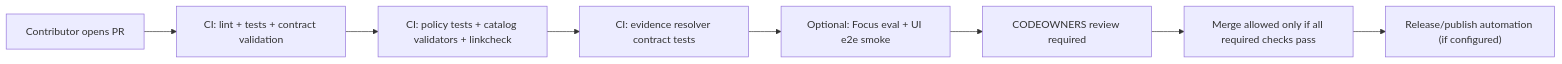
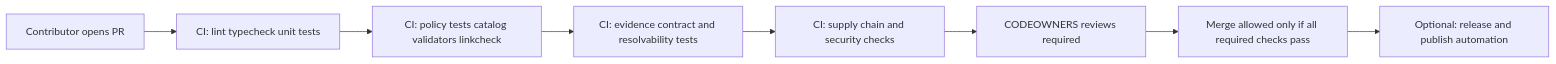
The diagram in .github/README.md (bartytime4life/Kansas-Frontier-Matrix), drawn with Mermaid before and after one commit. The commit also changed other lines of this file, not shown here.

```diff
--- a/.github/README.md
+++ b/.github/README.md
@@ -83,10 +125,10 @@
 ~~~mermaid
 flowchart LR
-  A[Contributor opens PR] --> B[CI: lint + tests + contract validation]
-  B --> C[CI: policy tests + catalog validators + linkcheck]
-  C --> D[CI: evidence resolver contract tests]
-  D --> E[Optional: Focus eval + UI e2e smoke]
-  E --> F[CODEOWNERS review required]
+  A[Contributor opens PR] --> B[CI: lint typecheck unit tests]
+  B --> C[CI: policy tests catalog validators linkcheck]
+  C --> D[CI: evidence contract and resolvability tests]
+  D --> E[CI: supply chain and security checks]
+  E --> F[CODEOWNERS reviews required]
   F --> G[Merge allowed only if all required checks pass]
-  G --> H["Release/publish automation (if configured)"]
+  G --> H[Optional: release and publish automation]
 ~~~
```
